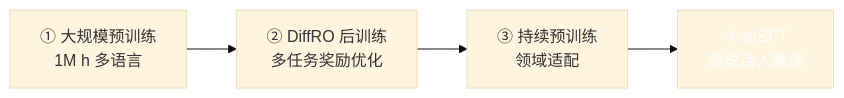
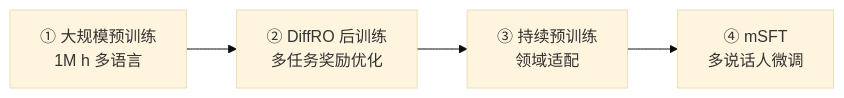
Before and after one commit to WYfusion/note: the second of 2 diagrams in DL/TTS/CosyVoice 系列：基于监督语义 Token 的可扩展零样本语音合成总纲/CosyVoice 3- Scaling TTS with Large Language Model and Differentiable Reward Optimization.md, drawn with Mermaid (base theme). The commit also changed other lines of this file and 159 other files, not shown here.

````diff
--- a/DL/TTS/CosyVoice 系列：基于监督语义 Token 的可扩展零样本语音合成总纲/CosyVoice 3- Scaling TTS with Large Language Model and Differentiable Reward Optimization.md
+++ b/DL/TTS/CosyVoice 系列：基于监督语义 Token 的可扩展零样本语音合成总纲/CosyVoice 3- Scaling TTS with Large Language Model and Differentiable Reward Optimization.md
@@ -93,10 +93,10 @@
 ```mermaid
 graph LR
     S1["① 大规模预训练<br>1M h 多语言"] --> S2["② DiffRO 后训练<br>多任务奖励优化"]
     S2 --> S3["③ 持续预训练<br>领域适配"]
     S3 --> S4["④ mSFT<br>多说话人微调"]
     style S1 fill:\#3498db,color:\#fff
     style S2 fill:\#e74c3c,color:\#fff
     style S3 fill:\#2ecc71,color:\#fff
-    style S4 fill:\#f39c12,color:#fff
+    style S4 fill:\#f39c12,color:\#fff
 ```
````
